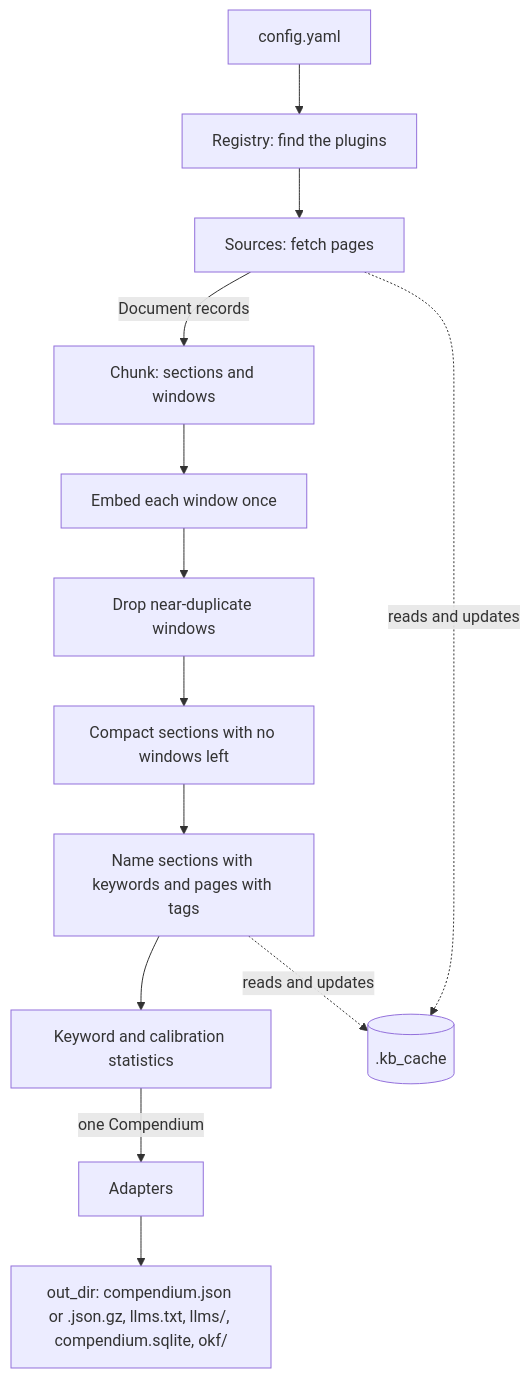
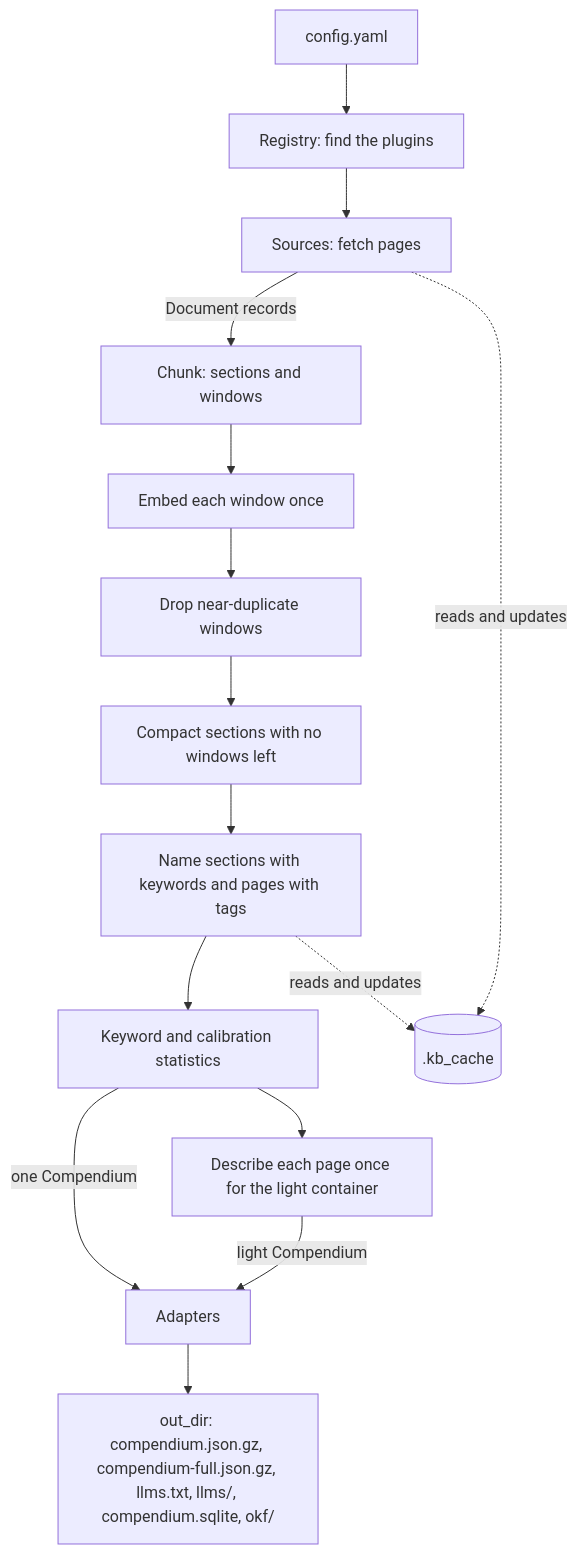
One commit to DepressionCenter/extractium changed the diagram in docs/data-flow.md. Above: the diagram before and after it, drawn with Mermaid. The commit also changed other lines of this file and 17 other files, not shown here.

First line of the commit message:
Document the two container files, where code analysis is published, and the SQLite tables

````diff
--- a/docs/data-flow.md
+++ b/docs/data-flow.md
@@ -41,15 +41,17 @@
 ```mermaid
 flowchart TD
     A[config.yaml] --> B[Registry: find the plugins]
     B --> C[Sources: fetch pages]
     C -->|Document records| D[Chunk: sections and windows]
     D --> E[Embed each window once]
     E --> F[Drop near-duplicate windows]
     F --> G[Compact sections with no windows left]
     G --> N[Name sections with keywords and pages with tags]
     N --> H[Keyword and calibration statistics]
     H -->|one Compendium| I[Adapters]
-    I --> J[out_dir: compendium.json or .json.gz, llms.txt, llms/, compendium.sqlite, okf/]
+    H --> L[Describe each page once for the light container]
+    L -->|light Compendium| I
+    I --> J[out_dir: compendium.json.gz, compendium-full.json.gz, llms.txt, llms/, compendium.sqlite, okf/]
     C -.reads and updates.-> K[(.kb_cache)]
     N -.reads and updates.-> K
 ```
````
